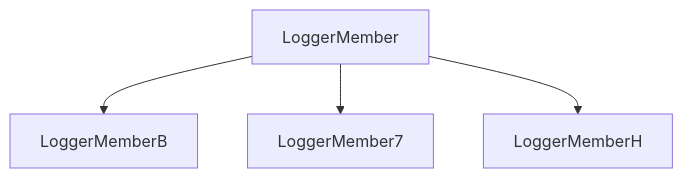
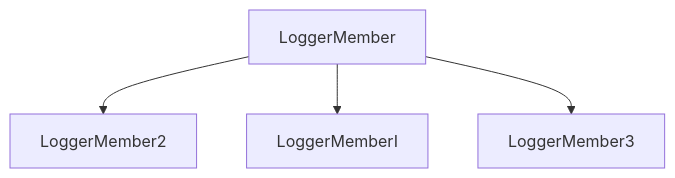
One commit to ellementul/uee-core changed the diagram in mermaid.md. Above: the diagram before and after it, drawn with Mermaid. The commit also changed 5 other files, not shown here.

````diff
--- a/mermaid.md
+++ b/mermaid.md
@@ -1,11 +1,11 @@
 ```mermaid
  flowchart TD
-    Z0XsZ5iZe1zG9kzBP53LcuHSx1TfZ_GejFGr2j1[LoggerMember]
-    BV2Gc4v9Dbd9x0PH6KkAtgAlOvDf1phjjrXtBWBs[LoggerMemberB]
-    7QxQjg6ORqecj0839jolAcg0D0anTwFgH8f8BqZe[LoggerMember7]
-    HWw6wc36Wc1xQly6M0j0u4xuyo1TmC3SQd3Rs4hw[LoggerMemberH]
+    JEKGSHBjRe9nsEwnXCaotXfWyQqiPHd12FwS1XLF[LoggerMember]
+    2cj16gwMon1UftQJlr7JJzXNx3bqwUiqjCQvrWDA[LoggerMember2]
+    IlI0D2Fae3bJWoN2cgXre0sz6l5bZ1BMORDnqkSP[LoggerMemberI]
+    3ZfA7cQ5xJUW3LbQStOE2QkLIiirbEmHwk9Q8Zo[LoggerMember3]
 
-    Z0XsZ5iZe1zG9kzBP53LcuHSx1TfZ_GejFGr2j1 --> BV2Gc4v9Dbd9x0PH6KkAtgAlOvDf1phjjrXtBWBs
-    Z0XsZ5iZe1zG9kzBP53LcuHSx1TfZ_GejFGr2j1 --> 7QxQjg6ORqecj0839jolAcg0D0anTwFgH8f8BqZe
-    Z0XsZ5iZe1zG9kzBP53LcuHSx1TfZ_GejFGr2j1 --> HWw6wc36Wc1xQly6M0j0u4xuyo1TmC3SQd3Rs4hw
+    JEKGSHBjRe9nsEwnXCaotXfWyQqiPHd12FwS1XLF --> 2cj16gwMon1UftQJlr7JJzXNx3bqwUiqjCQvrWDA
+    JEKGSHBjRe9nsEwnXCaotXfWyQqiPHd12FwS1XLF --> IlI0D2Fae3bJWoN2cgXre0sz6l5bZ1BMORDnqkSP
+    JEKGSHBjRe9nsEwnXCaotXfWyQqiPHd12FwS1XLF --> 3ZfA7cQ5xJUW3LbQStOE2QkLIiirbEmHwk9Q8Zo
 ```
````
